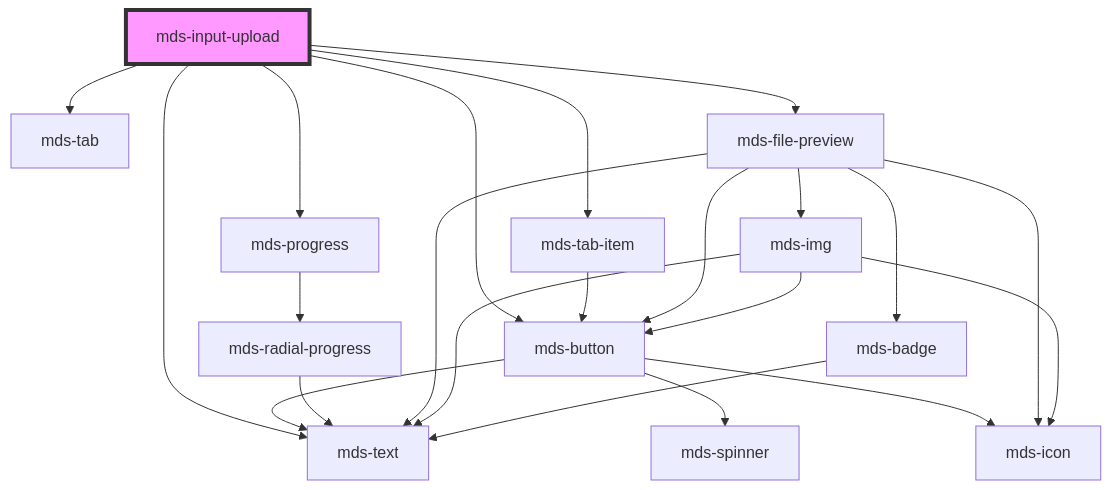
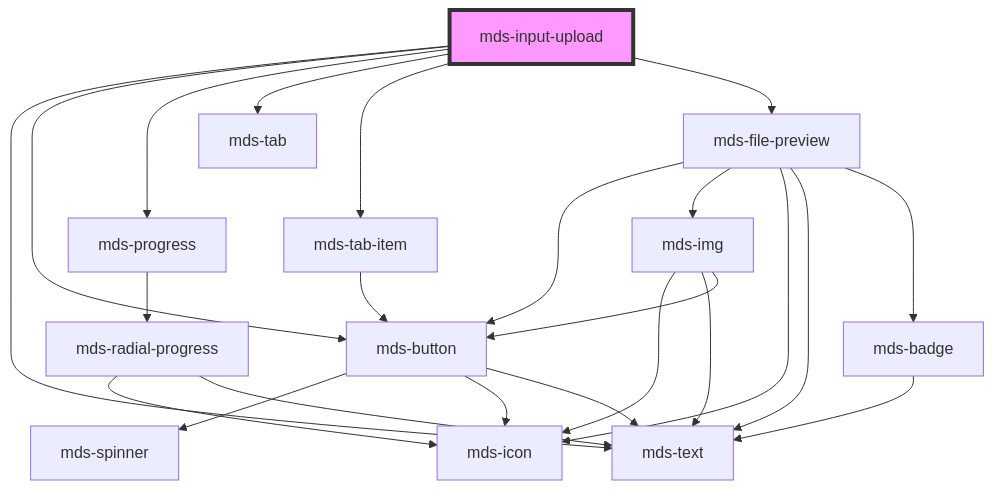
One commit to magma-design-system/magma changed the diagram in projects/stencil/src/components/mds-input-upload/readme.md. Above: the diagram before and after it, drawn with Mermaid. The commit also changed 13 other files, not shown here.

````diff
--- a/projects/stencil/src/components/mds-input-upload/readme.md
+++ b/projects/stencil/src/components/mds-input-upload/readme.md
@@ -92,25 +92,26 @@
 ```mermaid
 graph TD;
   mds-input-upload --> mds-text
   mds-input-upload --> mds-button
   mds-input-upload --> mds-progress
   mds-input-upload --> mds-tab
   mds-input-upload --> mds-tab-item
   mds-input-upload --> mds-file-preview
   mds-button --> mds-spinner
   mds-button --> mds-icon
   mds-button --> mds-text
   mds-progress --> mds-radial-progress
+  mds-radial-progress --> mds-icon
   mds-radial-progress --> mds-text
   mds-tab-item --> mds-button
   mds-file-preview --> mds-button
   mds-file-preview --> mds-img
   mds-file-preview --> mds-icon
   mds-file-preview --> mds-text
   mds-file-preview --> mds-badge
   mds-img --> mds-icon
   mds-img --> mds-text
   mds-img --> mds-button
   mds-badge --> mds-text
   style mds-input-upload fill:#f9f,stroke:#333,stroke-width:4px
 ```
````
